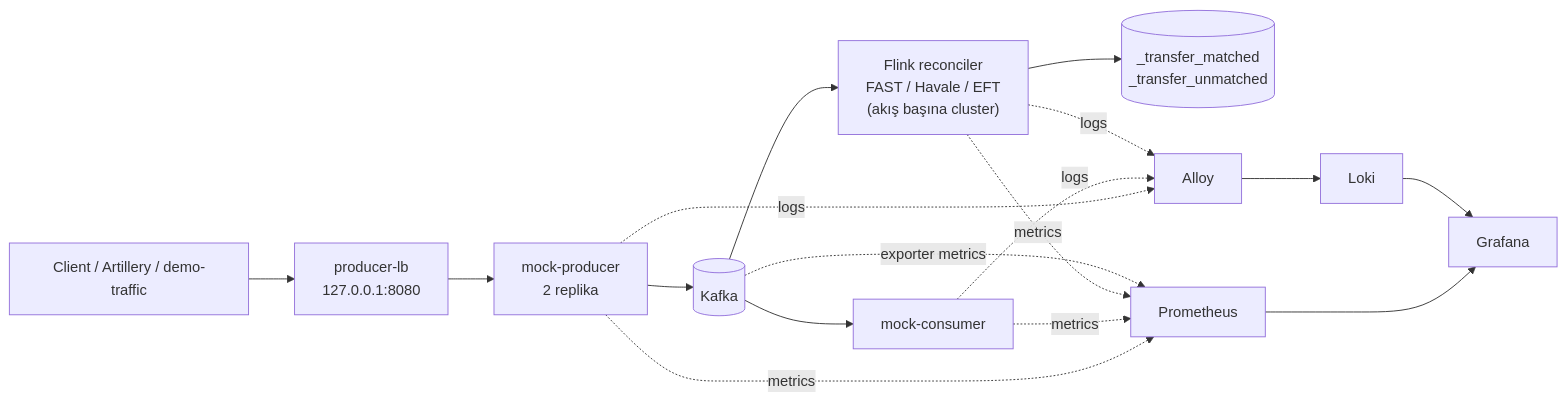
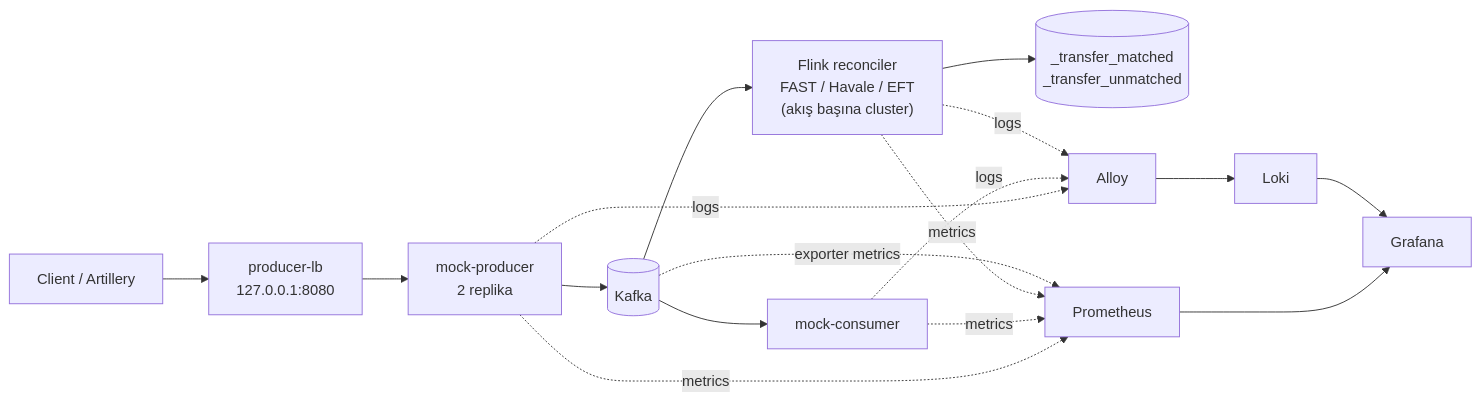
The diagram in README.md (olgunyldz/queue-grafana-labs), drawn with Mermaid before and after one commit. The commit also changed other lines of this file and 20 other files, not shown here.

First line of the commit message:
Rebuild the Artillery load tests for the saga; drop the Python demo tool

````diff
--- a/README.md
+++ b/README.md
@@ -27,16 +27,16 @@
 ```mermaid
 flowchart LR
-    Client["Client / Artillery / demo-traffic"] --> LB["producer-lb\n127.0.0.1:8080"]
+    Client["Client / Artillery"] --> LB["producer-lb\n127.0.0.1:8080"]
     LB --> P["mock-producer\n2 replika"]
     P --> K[(Kafka)]
 
     K --> C["mock-consumer"]
     K --> F["Flink reconciler\nFAST / Havale / EFT\n(akış başına cluster)"]
 
     F --> O[("<akış>_transfer_matched\n<akış>_transfer_unmatched")]
 
     P & C & F -. metrics .-> PM[Prometheus]
     K -. exporter metrics .-> PM
     PM --> G[Grafana]
     P & C & F -. logs .-> A[Alloy] --> L[Loki] --> G
 ```
````
